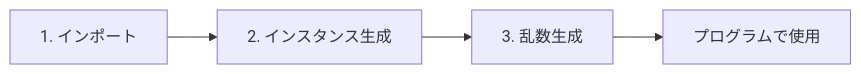
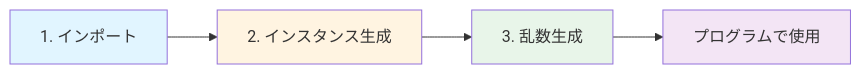
One commit to hash52/programming-bootcamp changed the second of 2 diagrams in docs/docs/java/basics/03b_random.mdx. Above: the diagram before and after it, drawn with Mermaid. The commit also changed other lines of this file and 4 other files, not shown here.

First line of the commit message:
refactor: Java教材のmermaid図表を視認性向上のため最適化

````diff
--- a/docs/docs/java/basics/03b_random.mdx
+++ b/docs/docs/java/basics/03b_random.mdx
@@ -104,6 +109,11 @@
 ```mermaid
-graph LR
+flowchart LR
     A[1. インポート] --> B[2. インスタンス生成]
     B --> C[3. 乱数生成]
     C --> D[プログラムで使用]
+
+    style A fill:#e1f5ff
+    style B fill:#fff4e1
+    style C fill:#e8f5e9
+    style D fill:#f3e5f5
 ```
````
